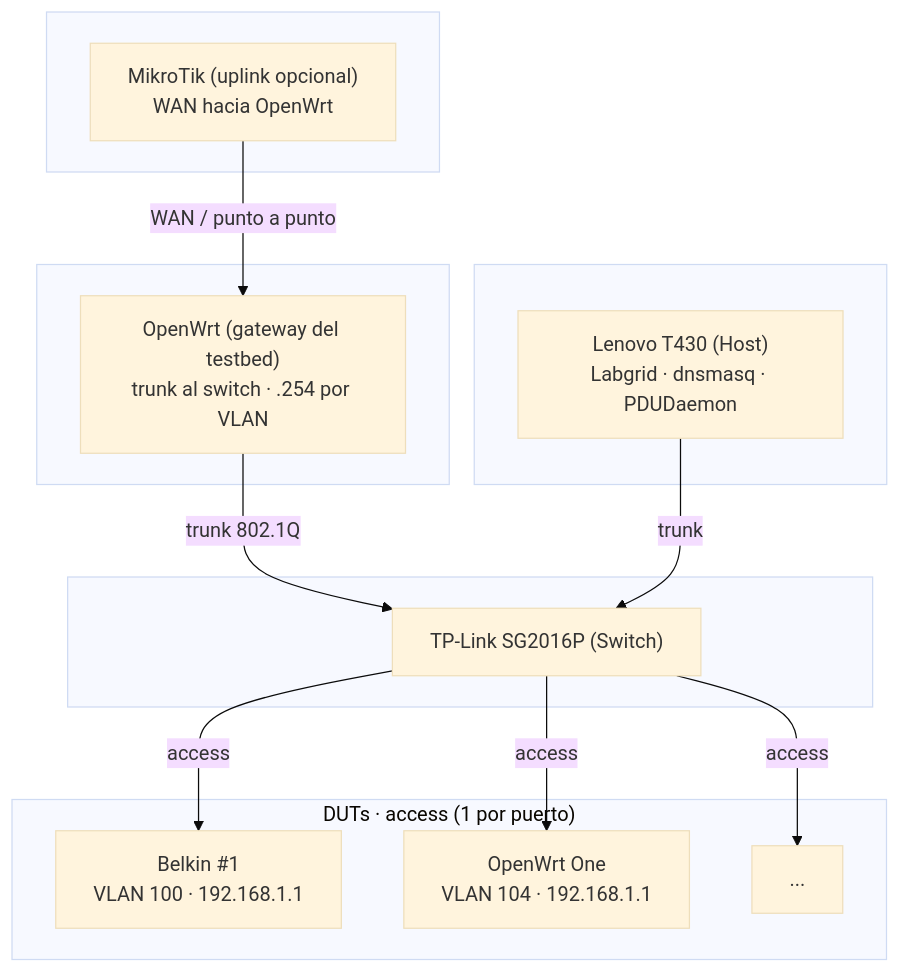
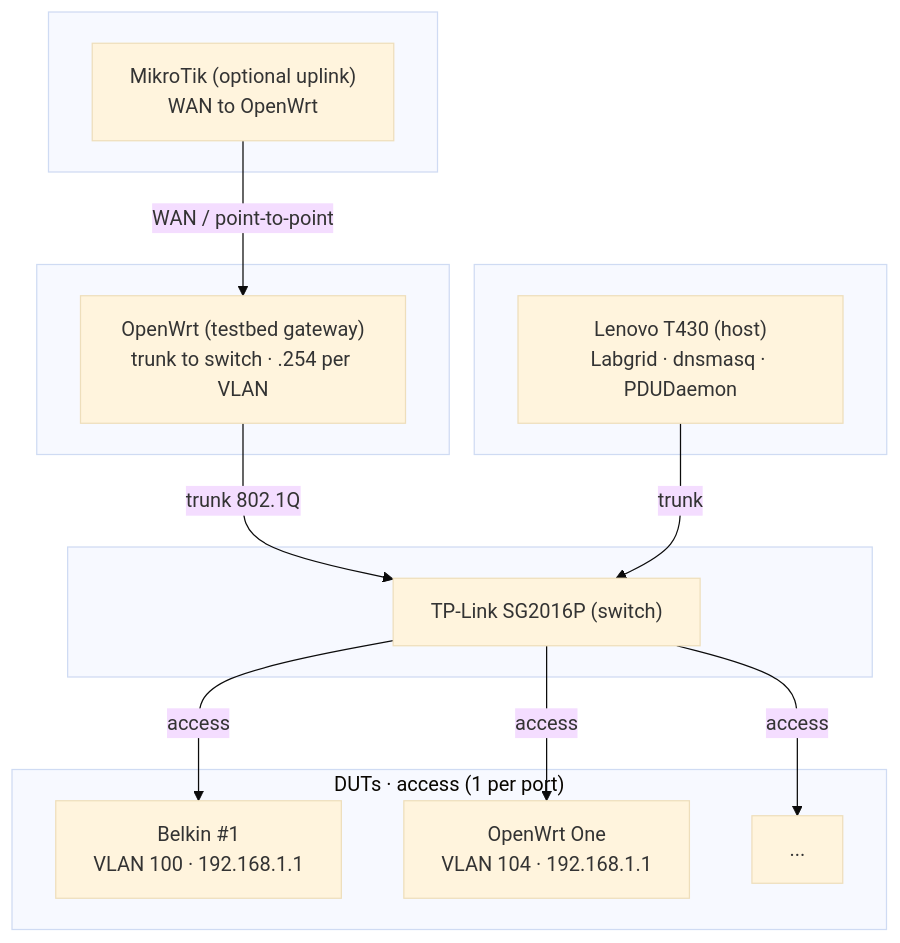
Before and after one commit to ccasanueva7/fcefyn_testbed_utils: the diagram in docs/README.md, drawn with Mermaid (base theme). The commit also changed other lines of this file and 23 other files, not shown here.

````diff
--- a/docs/README.md
+++ b/docs/README.md
@@ -25,31 +25,31 @@
 ```mermaid
 flowchart TB
     subgraph Uplink [" "]
-        MT["MikroTik (uplink opcional)\nWAN hacia OpenWrt"]
+        MT["MikroTik (optional uplink)\nWAN to OpenWrt"]
     end
 
     subgraph Gateway [" "]
-        OW["OpenWrt (gateway del testbed)\ntrunk al switch · .254 por VLAN"]
+        OW["OpenWrt (testbed gateway)\ntrunk to switch · .254 per VLAN"]
     end
 
     subgraph Switch [" "]
-        SW["TP-Link SG2016P (Switch)"]
+        SW["TP-Link SG2016P (switch)"]
     end
 
     subgraph Host [" "]
-        H["Lenovo T430 (Host)\nLabgrid · dnsmasq · PDUDaemon"]
+        H["Lenovo T430 (host)\nLabgrid · dnsmasq · PDUDaemon"]
     end
 
-    subgraph DUTs ["DUTs · access (1 por puerto)"]
+    subgraph DUTs ["DUTs · access (1 per port)"]
         D1["Belkin #1\nVLAN 100 · 192.168.1.1"]
         D2["OpenWrt One\nVLAN 104 · 192.168.1.1"]
         DN["..."]
     end
 
-    MT -->|WAN / punto a punto| OW
+    MT -->|WAN / point-to-point| OW
     OW -->|trunk 802.1Q| SW
     H -->|trunk| SW
     SW -->|access| D1
     SW -->|access| D2
     SW -->|access| DN
 ```
````
